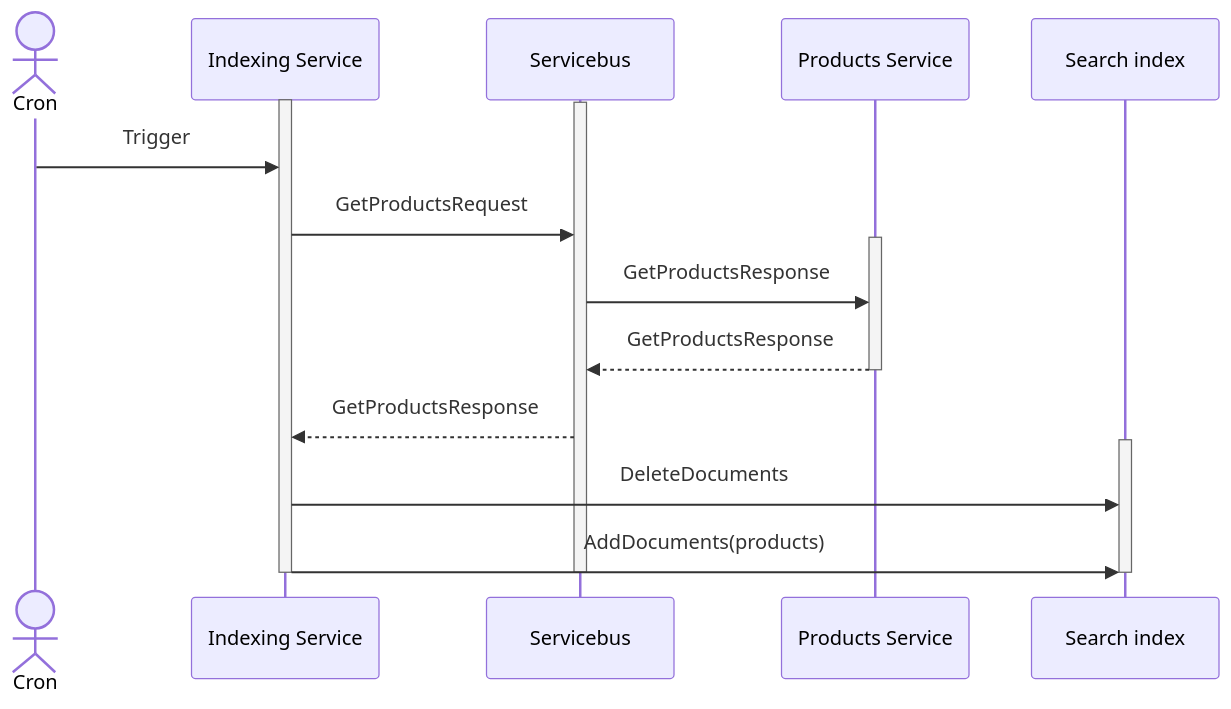
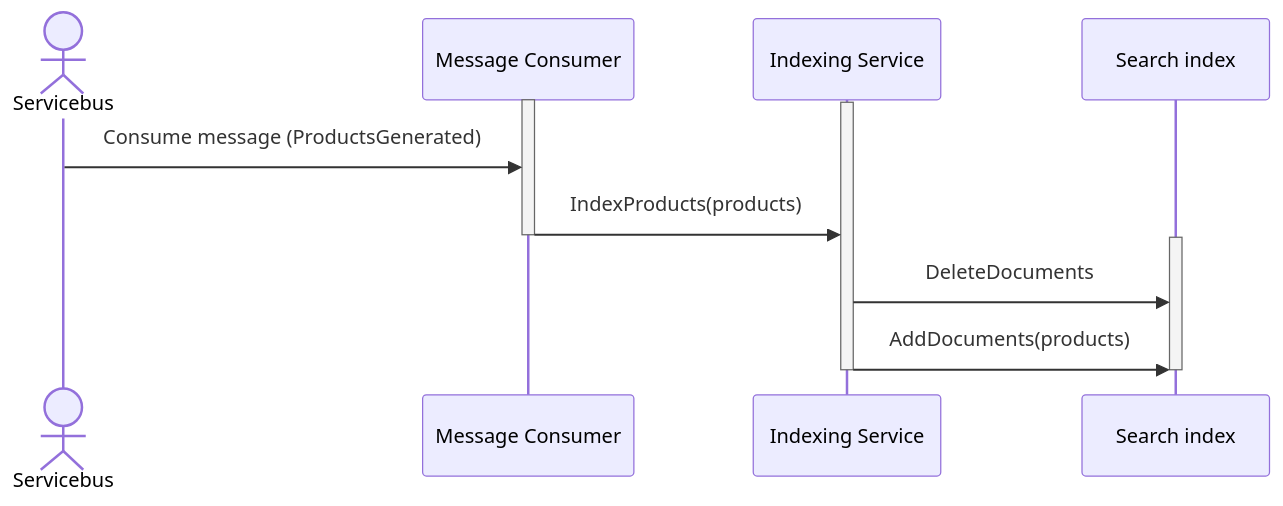
Before and after one commit to Physer/Microshop.NET: the diagram in docs/architecture/sequence-diagrams/index-products.md, drawn with Mermaid. The commit also changed 1 other file, not shown here.

Commit message:
docs(architecture): updated Sequence Diagrams to display the new flow

````diff
--- a/docs/architecture/sequence-diagrams/index-products.md
+++ b/docs/architecture/sequence-diagrams/index-products.md
@@ -1,25 +1,16 @@
 ```mermaid
 sequenceDiagram
+  actor Servicebus
+  activate Message Consumer
   activate Indexing Service
-  activate Servicebus
-
-  actor Cron
-  Cron->>Indexing Service: Trigger
-
-  Indexing Service->>Servicebus: GetProductsRequest
-
-  activate Products Service
-  Servicebus->>Products Service: GetProductsResponse
-  Products Service-->>Servicebus: GetProductsResponse
-  deactivate Products Service
-
-  Servicebus-->>Indexing Service: GetProductsResponse
+  Servicebus->>Message Consumer: Consume message (ProductsGenerated)
+  Message Consumer->>Indexing Service: IndexProducts(products)
+  deactivate Message Consumer
 
   activate Search index
   Indexing Service->>Search index: DeleteDocuments
   Indexing Service->>Search index: AddDocuments(products)
 
-  deactivate Servicebus
   deactivate Indexing Service
   deactivate Search index
 ```
````
